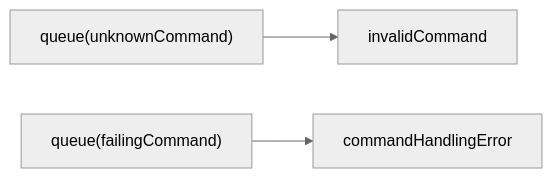
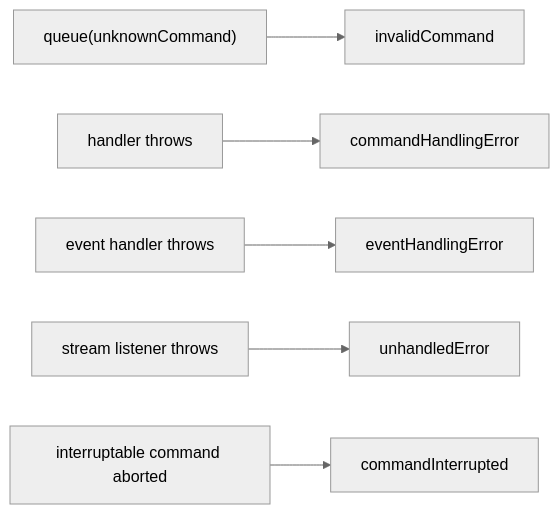
Before and after one commit to NaiKiDEV/commiq: the second of 2 diagrams in apps/docs-app/content/docs/examples/event-stream.mdx, drawn with Mermaid (neutral theme). The commit also changed other lines of this file and 47 other files, not shown here.

````diff
--- a/apps/docs-app/content/docs/examples/event-stream.mdx
+++ b/apps/docs-app/content/docs/examples/event-stream.mdx
@@ -41,5 +52,8 @@
 ```mermaid
 flowchart LR
     UC["queue(unknownCommand)"] --> IC["invalidCommand"]
-    FC["queue(failingCommand)"] --> CHE["commandHandlingError"]
+    FC["handler throws"] --> CHE["commandHandlingError"]
+    EH["event handler throws"] --> EHE["eventHandlingError"]
+    SL["stream listener throws"] --> UE["unhandledError"]
+    AB["interruptable command aborted"] --> CI["commandInterrupted"]
 ```
````
